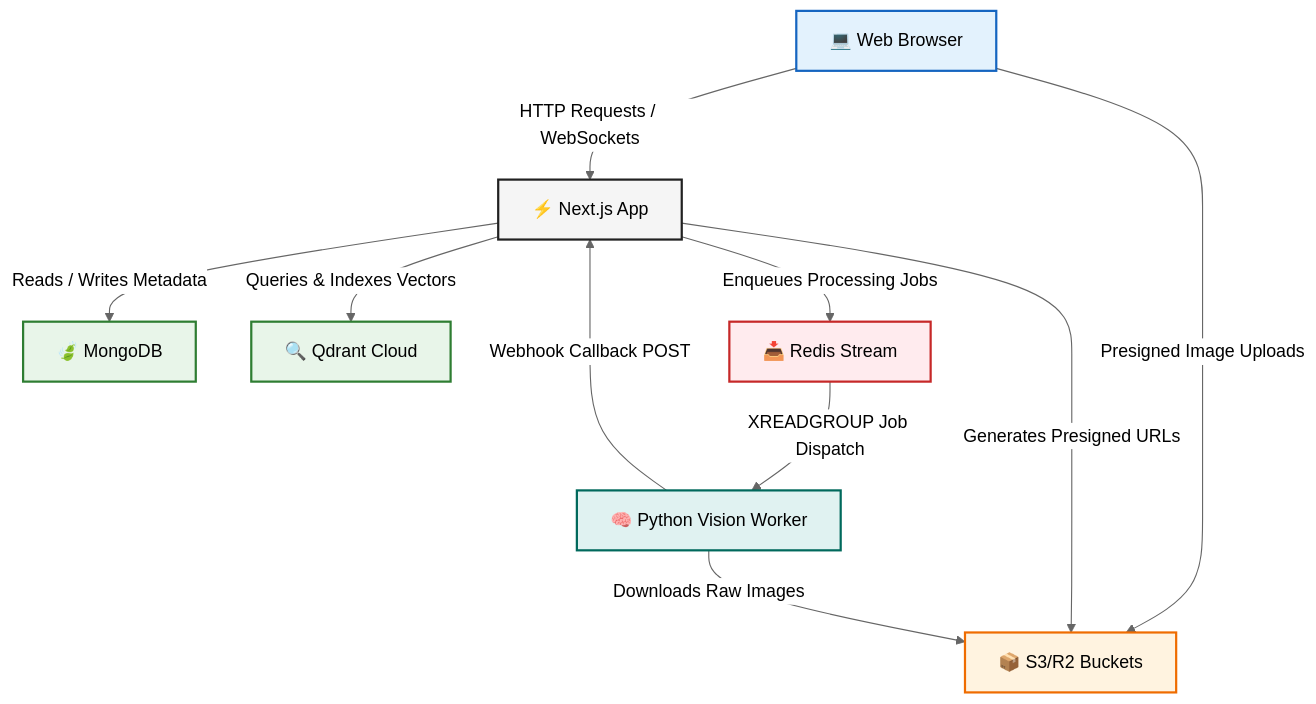
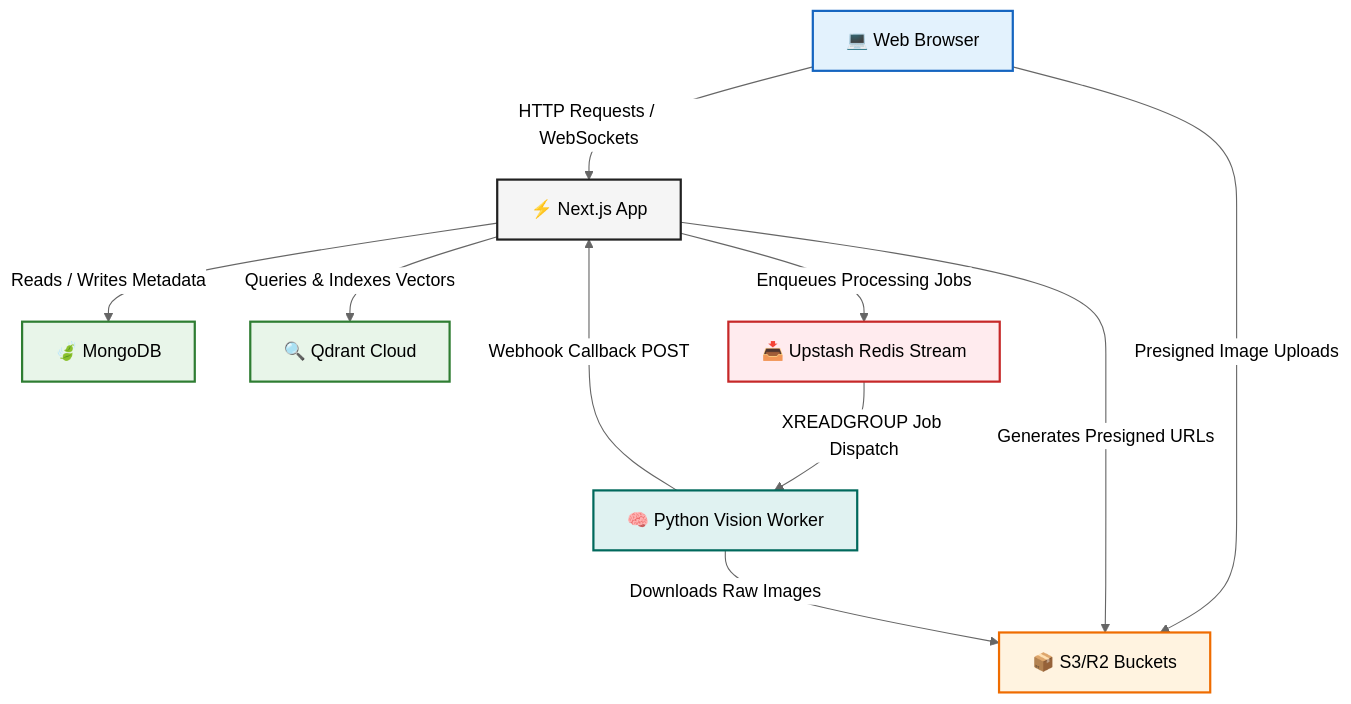
One commit to the-dot-squad/unlostpaws changed the diagram in README.md. Above: the diagram before and after it, drawn with Mermaid (neutral theme). The commit also changed other lines of this file and 2 other files, not shown here.

````diff
--- a/README.md
+++ b/README.md
@@ -56,32 +66,32 @@
 ```mermaid
 graph TD
     %% Define styles for nodes
     classDef browser fill:#e3f2fd,stroke:#1565c0,stroke-width:2px;
     classDef nextjs fill:#f5f5f5,stroke:#212121,stroke-width:2px;
     classDef storage fill:#fff3e0,stroke:#ef6c00,stroke-width:2px;
     classDef db fill:#e8f5e9,stroke:#2e7d32,stroke-width:2px;
     classDef queue fill:#ffebee,stroke:#c62828,stroke-width:2px;
     classDef worker fill:#e0f2f1,stroke:#00695c,stroke-width:2px;
 
     %% Define nodes
     Browser["💻 Web Browser"]:::browser
     Next["⚡ Next.js App"]:::nextjs
     S3["📦 S3/R2 Buckets"]:::storage
     Mongo["🍃 MongoDB"]:::db
     Qdrant["🔍 Qdrant Cloud"]:::db
-    Redis["📥 Redis Stream"]:::queue
+    Redis["📥 Upstash Redis Stream"]:::queue
     Worker["🧠 Python Vision Worker"]:::worker
 
     %% Define connections
     Browser -->|HTTP Requests / WebSockets| Next
     Browser -->|Presigned Image Uploads| S3
     
     Next -->|Reads / Writes Metadata| Mongo
     Next -->|Enqueues Processing Jobs| Redis
     Next -->|Queries & Indexes Vectors| Qdrant
     Next -->|Generates Presigned URLs| S3
     
     Redis -->|XREADGROUP Job Dispatch| Worker
     Worker -->|Downloads Raw Images| S3
     Worker -->|Webhook Callback POST| Next
 ```
````
